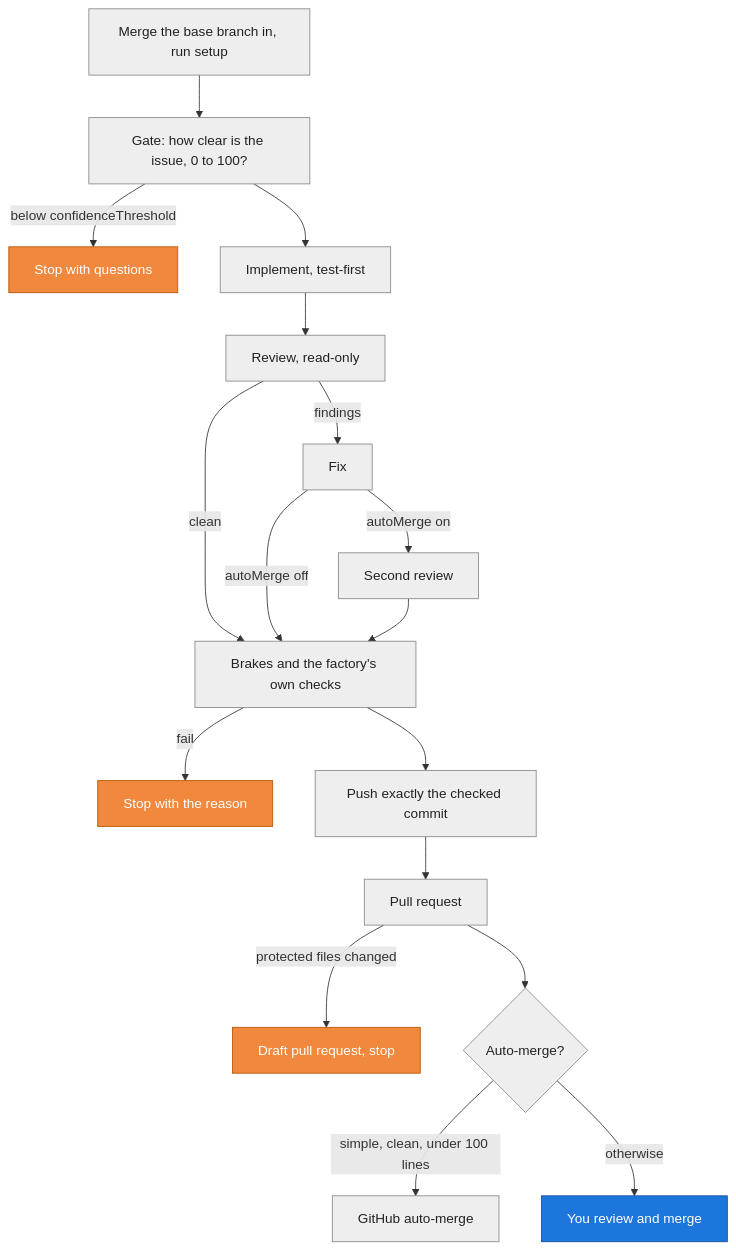
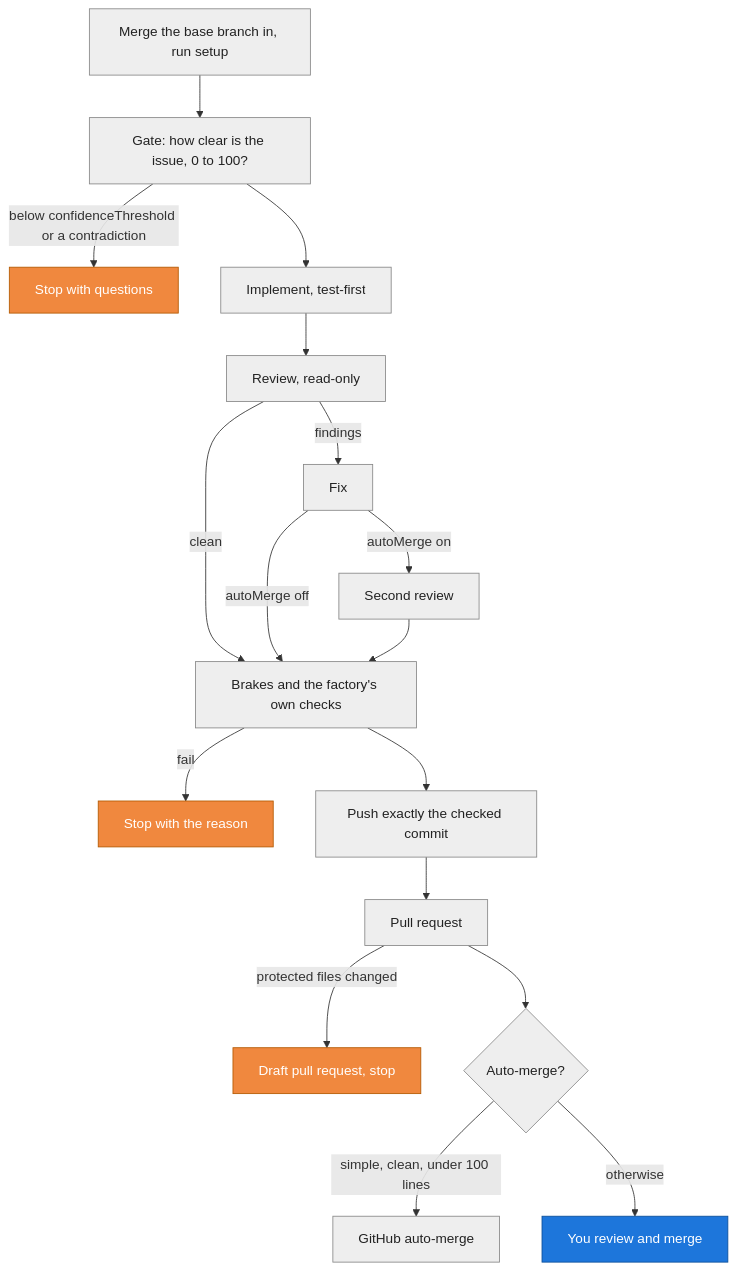
Before and after one commit to dennis-brutski/issue-to-pr-factory: the second of 2 diagrams in README.md, drawn with Mermaid. The commit also changed other lines of this file and 12 other files, not shown here.

First line of the commit message:
Let the gate stop on contradictions and show its calibration in stats (#169)

````diff
--- a/README.md
+++ b/README.md
@@ -119,22 +119,22 @@
 ```mermaid
 flowchart TD
   start["Merge the base branch in, run setup"]:::factory --> gate["Gate: how clear is the issue, 0 to 100?"]:::factory
-  gate -->|"below confidenceThreshold"| ask["Stop with questions"]:::stop
+  gate -->|"below confidenceThreshold or a contradiction"| ask["Stop with questions"]:::stop
   gate --> impl["Implement, test-first"]:::factory
   impl --> review["Review, read-only"]:::factory
   review -->|"clean"| checks["Brakes and the factory's own checks"]:::factory
   review -->|"findings"| fix["Fix"]:::factory
   fix -->|"autoMerge off"| checks
   fix -->|"autoMerge on"| review2["Second review"]:::factory
   review2 --> checks
   checks -->|"fail"| failed["Stop with the reason"]:::stop
   checks --> push["Push exactly the checked commit"]:::factory
   push --> pr["Pull request"]:::factory
   pr -->|"protected files changed"| draft["Draft pull request, stop"]:::stop
   pr --> auto{"Auto-merge?"}:::factory
   auto -->|"simple, clean, under 100 lines"| merged["GitHub auto-merge"]:::factory
   auto -->|"otherwise"| byYou["You review and merge"]:::you
   classDef you fill:#1d76db,stroke:#0b4f99,color:#ffffff
   classDef factory fill:#eeeeee,stroke:#888888,color:#222222
   classDef stop fill:#f0883e,stroke:#b35900,color:#ffffff
 ```
````
